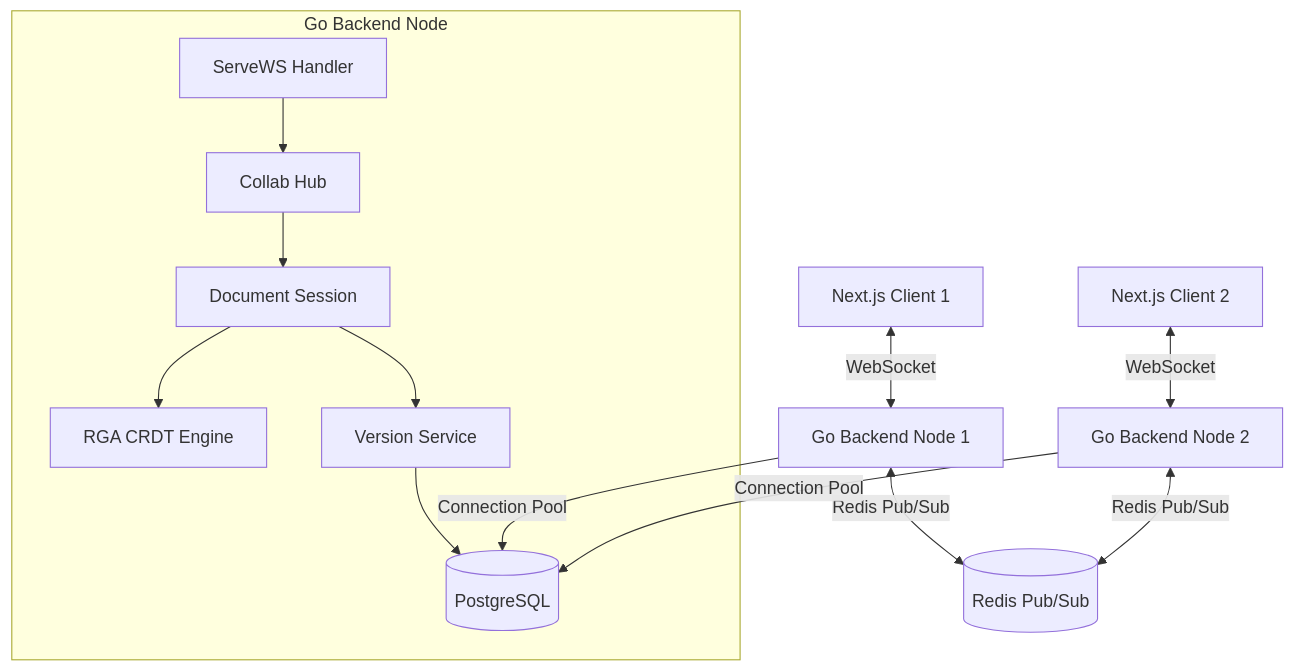
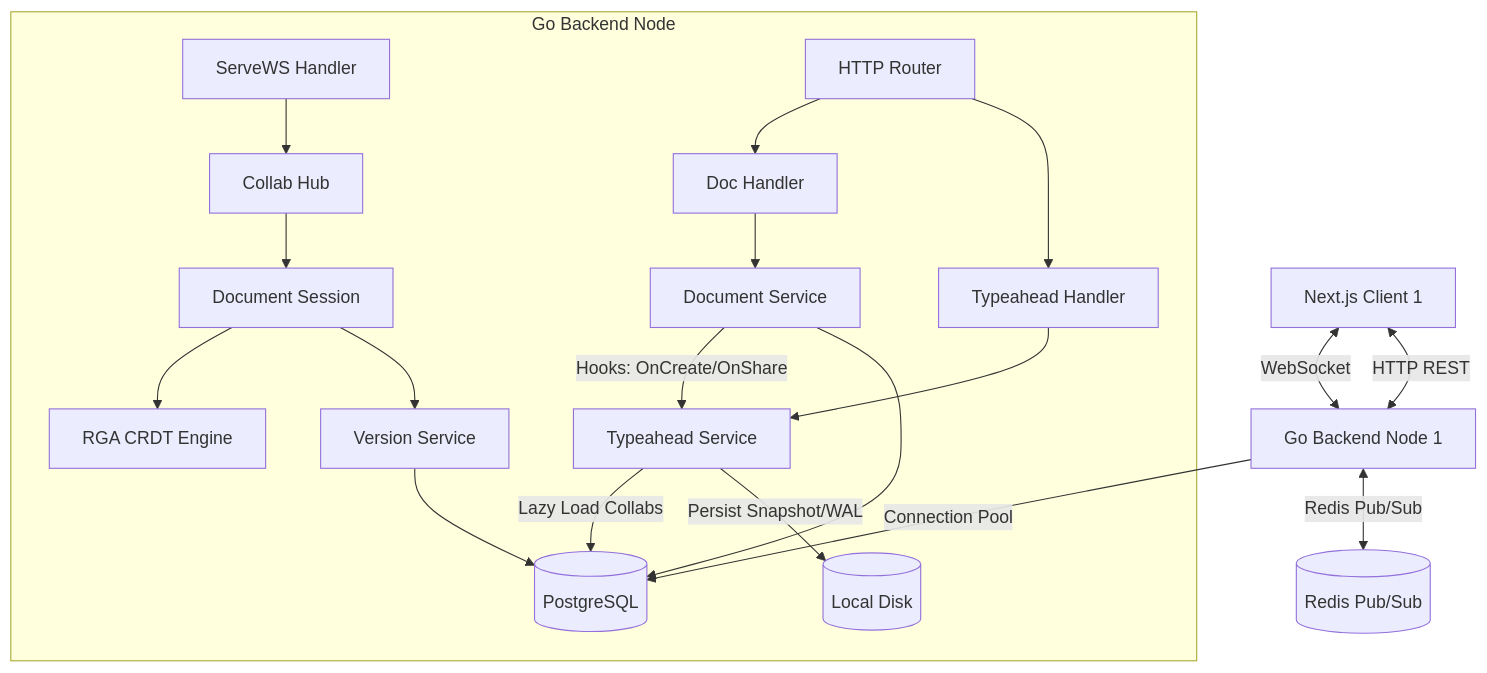
One commit to jhanvi857/DocStream changed the first of 2 diagrams in README.md. Above: the diagram before and after it, drawn with Mermaid. The commit also changed other lines of this file and 1 other file, not shown here.

Commit message:
docs(readme): update system architecture mermaid diagram with typeahead engine

````diff
--- a/README.md
+++ b/README.md
@@ -11,19 +11,27 @@
 ```mermaid
 flowchart TD
     Client1[Next.js Client 1] <-->|WebSocket| Node1[Go Backend Node 1]
-    Client2[Next.js Client 2] <-->|WebSocket| Node2[Go Backend Node 2]
+    Client1 <-->|HTTP REST| Node1
     
     Node1 <-->|Redis Pub/Sub| RedisBroker[(Redis Pub/Sub)]
-    Node2 <-->|Redis Pub/Sub| RedisBroker
-    
     Node1 -->|Connection Pool| DB[(PostgreSQL)]
-    Node2 -->|Connection Pool| DB
     
     subgraph Go Backend Node
-        Handler[ServeWS Handler] --> Hub[Collab Hub]
+        WS[ServeWS Handler] --> Hub[Collab Hub]
         Hub --> Session[Document Session]
         Session --> CRDT[RGA CRDT Engine]
         Session --> Version[Version Service]
         Version --> DB
+        
+        Router[HTTP Router] --> DocHandler[Doc Handler]
+        Router --> TypeaheadHandler[Typeahead Handler]
+        
+        DocHandler --> DocService[Document Service]
+        TypeaheadHandler --> TypeaheadService[Typeahead Service]
+        
+        DocService -->|Hooks: OnCreate/OnShare| TypeaheadService
+        TypeaheadService -->|Lazy Load Collabs| DB
+        TypeaheadService -->|Persist Snapshot/WAL| Disk[(Local Disk)]
+        DocService --> DB
     end
 ```
````
